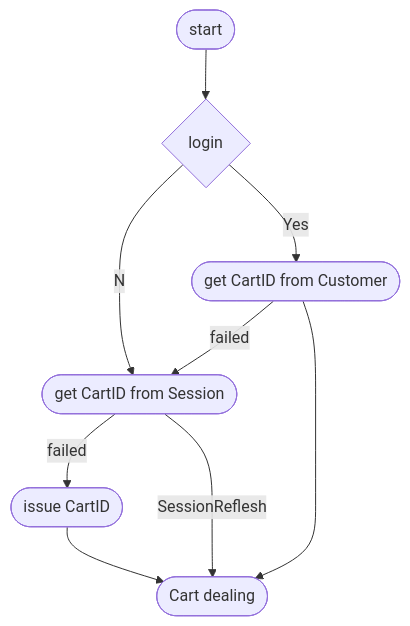
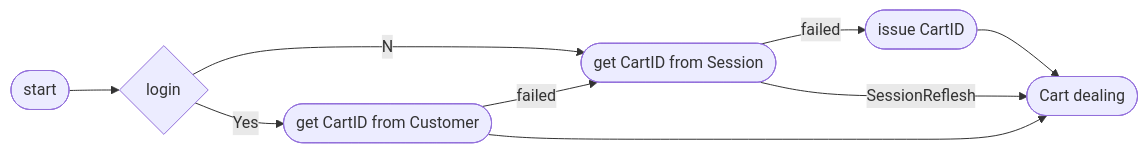
The fourth of 6 diagrams in README.md (WhatACotton/CharisWorks-BackEnd), drawn with Mermaid before and after one commit. The commit also changed other lines of this file, not shown here.

````diff
--- a/README.md
+++ b/README.md
@@ -73,12 +73,12 @@
 ```mermaid
-graph TB
+graph LR
 A([start])-->B{login}
     B--Yes-->C([get CartID from Customer])
     B--No-->D([get CartID from Session])
     D--failed-->E([issue CartID])
     E-->F
     D--SessionReflesh-->F
     C--failed-->D
     C-->F([Cart dealing])
 
 ```
````
